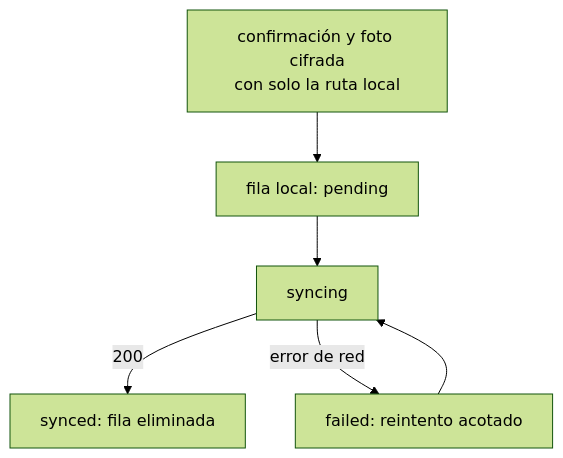
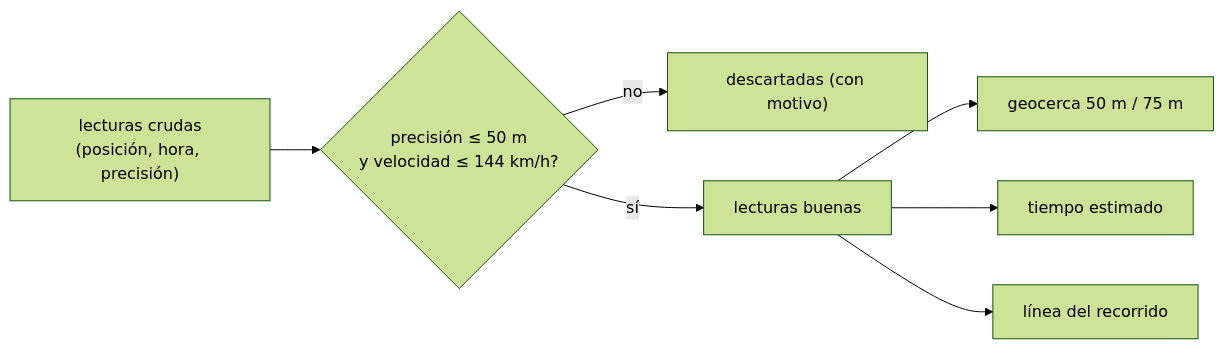
One commit to NICORUIZ93/The_Imperial_Book changed the second of 4 diagrams in web/public/content/flutter/modulo-14.md. Above: the diagram before and after it, drawn with Mermaid (forest theme). The commit also changed other lines of this file and 6 other files, not shown here.

First line of the commit message:
Flutter M14: mapas, GPS y tiempo real (app real con OpenStreetMap y WebSocket); M11: App Bundle de Android compilado y firmado de verdad

````diff
--- a/web/public/content/flutter/modulo-14.md
+++ b/web/public/content/flutter/modulo-14.md
@@ -340,8 +371,9 @@
 ```mermaid
-flowchart TD
-  A["confirmación y foto cifrada<br/>con solo la ruta local"] --> B["fila local: pending"]
-  B --> C["syncing"]
-  C -->|"200"| D["synced: fila eliminada"]
-  C -->|"error de red"| E["failed: reintento acotado"]
-  E --> C
+flowchart LR
+    L["lecturas crudas<br/>(posición, hora, precisión)"] --> F{"precisión ≤ 50 m<br/>y velocidad ≤ 144 km/h?"}
+    F -->|no| D["descartadas (con motivo)"]
+    F -->|sí| B["lecturas buenas"]
+    B --> G["geocerca 50 m / 75 m"]
+    B --> E["tiempo estimado"]
+    B --> M["línea del recorrido"]
 ```
````
